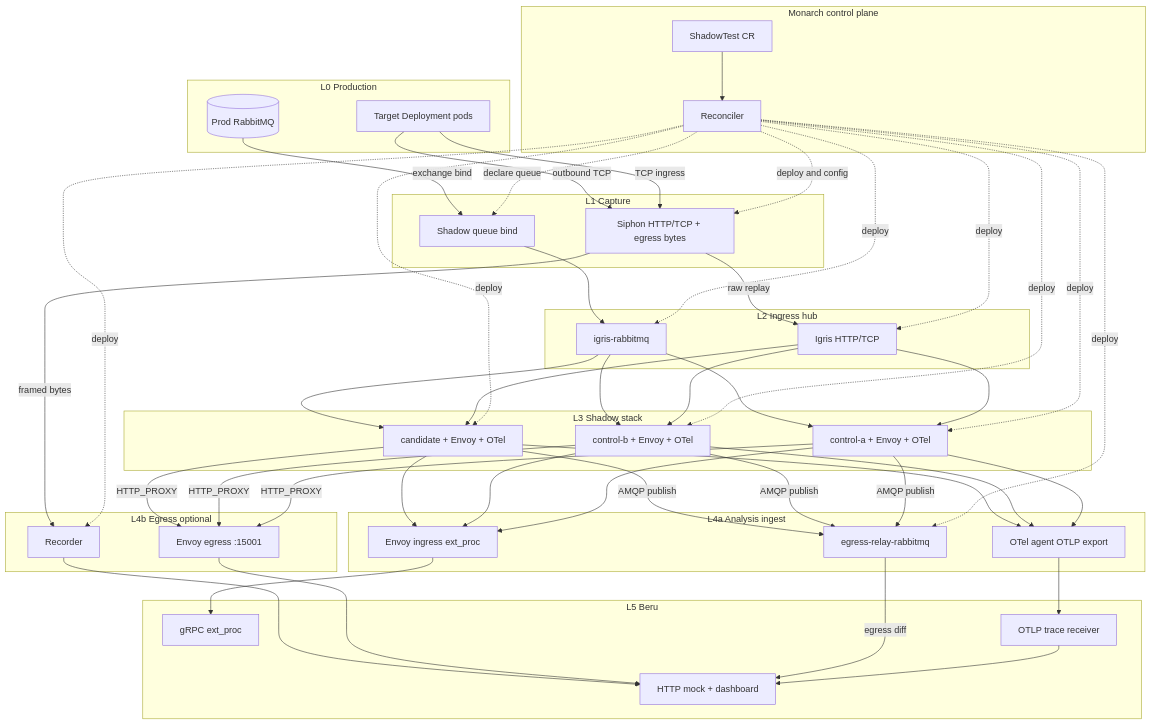
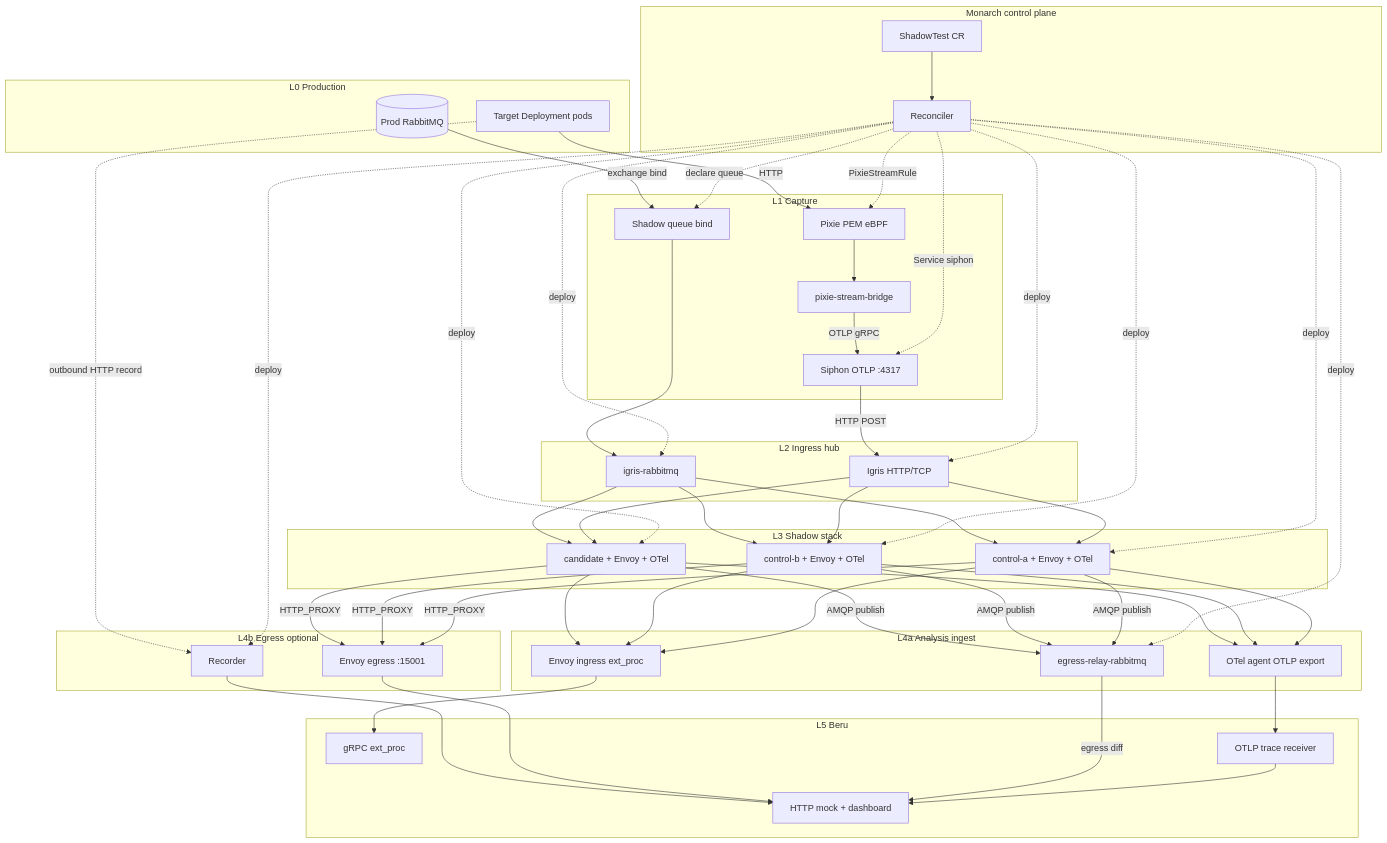
One commit to nederrgo/shadow-diff changed the second of 5 diagrams in docs/architecture/ARCHITECTURE.md. Above: the diagram before and after it, drawn with Mermaid. The commit also changed other lines of this file and 78 other files, not shown here.

Commit message:
working ingress bridge

````diff
--- a/docs/architecture/ARCHITECTURE.md
+++ b/docs/architecture/ARCHITECTURE.md
@@ -139,7 +140,9 @@
   end
 
   subgraph capture [L1 Capture]
-    Siphon[Siphon HTTP/TCP + egress bytes]
+    Pixie[Pixie PEM eBPF]
+    Bridge[pixie-stream-bridge]
+    Siphon[Siphon OTLP :4317]
     RMQBind[Shadow queue bind]
   end
 
@@ -171,7 +174,8 @@
     BeruHTTP[HTTP mock + dashboard]
   end
 
-  M -.->|deploy and config| Siphon
+  M -.->|PixieStreamRule| Pixie
+  M -.->|Service siphon| Siphon
   M -.->|declare queue| RMQBind
   M -.->|deploy| IgrisHTTP
   M -.->|deploy| IgrisRMQ
@@ -181,8 +185,10 @@
   M -.->|deploy| Rec
   M -.->|deploy| EgrRelay
 
-  ProdPod -->|TCP ingress| Siphon
-  Siphon -->|raw replay| IgrisHTTP
+  ProdPod -->|HTTP| Pixie
+  Pixie --> Bridge
+  Bridge -->|OTLP gRPC| Siphon
+  Siphon -->|HTTP POST| IgrisHTTP
   ProdBroker -->|exchange bind| RMQBind
   RMQBind --> IgrisRMQ
 
@@ -212,7 +218,6 @@
   C -->|HTTP_PROXY| EgrEnv
   EgrEnv --> BeruHTTP
 
-  ProdPod -->|outbound TCP| Siphon
-  Siphon -->|framed bytes| Rec
+  ProdPod -.->|outbound HTTP record| Rec
   Rec --> BeruHTTP
 ```
````
